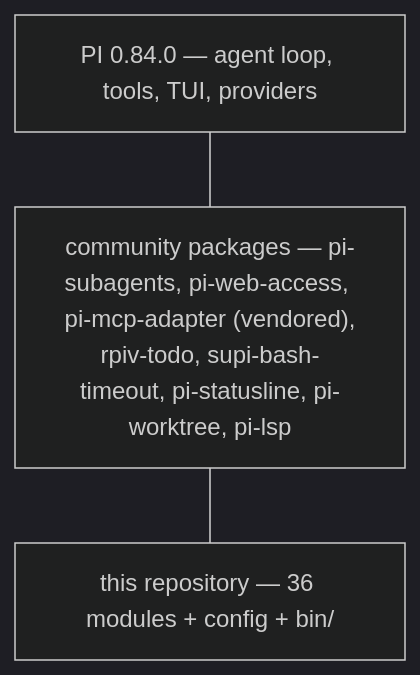
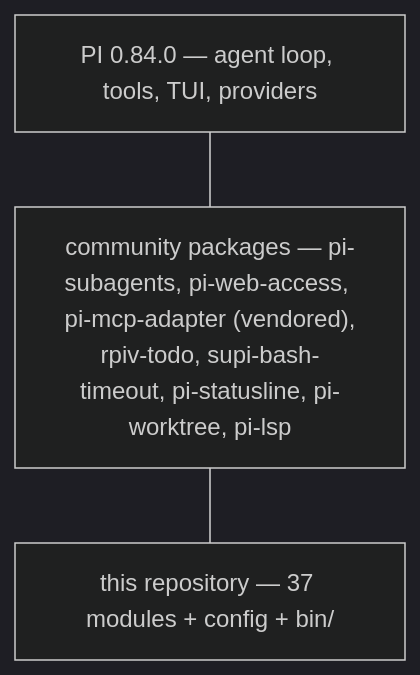
One commit to DresvyanskiyDenis/PiON changed the second of 3 diagrams in docs/concepts/architecture.md. Above: the diagram before and after it, drawn with Mermaid (dark theme). The commit also changed other lines of this file and 12 other files, not shown here.

````diff
--- a/docs/concepts/architecture.md
+++ b/docs/concepts/architecture.md
@@ -89,7 +89,7 @@
 ```mermaid
 flowchart TB
     PI["PI 0.84.0 — agent loop, tools, TUI, providers"]
     PKG["community packages — pi-subagents, pi-web-access, pi-mcp-adapter (vendored),<br/>rpiv-todo, supi-bash-timeout, pi-statusline, pi-worktree, pi-lsp"]
-    OURS["this repository — 36 modules + config + bin/"]
+    OURS["this repository — 37 modules + config + bin/"]
     PI --- PKG --- OURS
 ```
````
